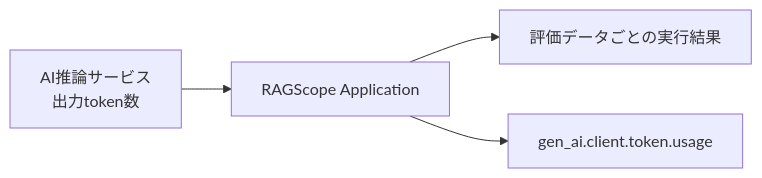
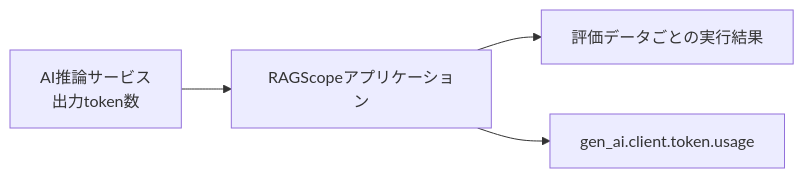
Before and after one commit to takashit16833/Workbench: the fourth of 4 diagrams in Notes/RAGScope/RAGScopeアプリケーション/RS-0023 Metrics設計メモ.md, drawn with Mermaid. The commit also changed other lines of this file and 4 other files, not shown here.

````diff
--- a/Notes/RAGScope/RAGScopeアプリケーション/RS-0023 Metrics設計メモ.md
+++ b/Notes/RAGScope/RAGScopeアプリケーション/RS-0023 Metrics設計メモ.md
@@ -153,6 +153,6 @@
 ```mermaid
 flowchart LR
-    AI["AI推論サービス<br>出力token数"] --> APP["RAGScope Application"]
+    AI["AI推論サービス<br>出力token数"] --> APP["RAGScopeアプリケーション"]
     APP --> RESULT["評価データごとの実行結果"]
     APP --> METRIC["gen_ai.client.token.usage"]
 ```
````
